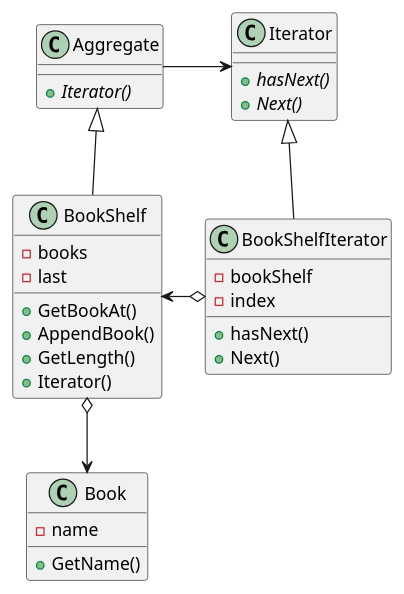
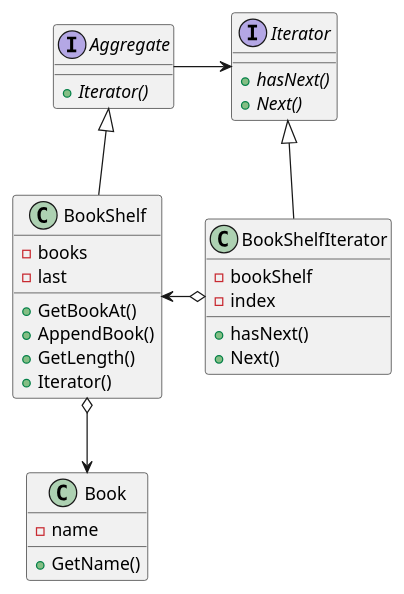
The second of 2 diagrams in README.md (Toshahiko/DesignPattern), drawn with PlantUML before and after one commit. The commit also changed other lines of this file and 1 other file, not shown here.

Commit message:
メモリリークを排除した。

````diff
--- a/README.md
+++ b/README.md
@@ -38,39 +38,39 @@
 ```plantuml
 @startuml
-class Aggregate {
+interface Aggregate {
   + {abstract} Iterator()
 }
 
-class Iterator {
+interface Iterator {
   + {abstract} hasNext()
   + {abstract} Next()
 }
 
 class BookShelfIterator {
   - bookShelf
   - index
   + hasNext()
   + Next()
 }
 
 class BookShelf {
   - books
   - last
   + GetBookAt()
   + AppendBook()
   + GetLength()
   + Iterator()
 }
 
 class Book {
   - name
   + GetName()
 }
 
 Aggregate --right--> Iterator
 BookShelf -up-|> Aggregate
 BookShelfIterator -up-|> Iterator
 BookShelfIterator o-left-> BookShelf
 BookShelf o-down-> Book
 @enduml
 ```
````
